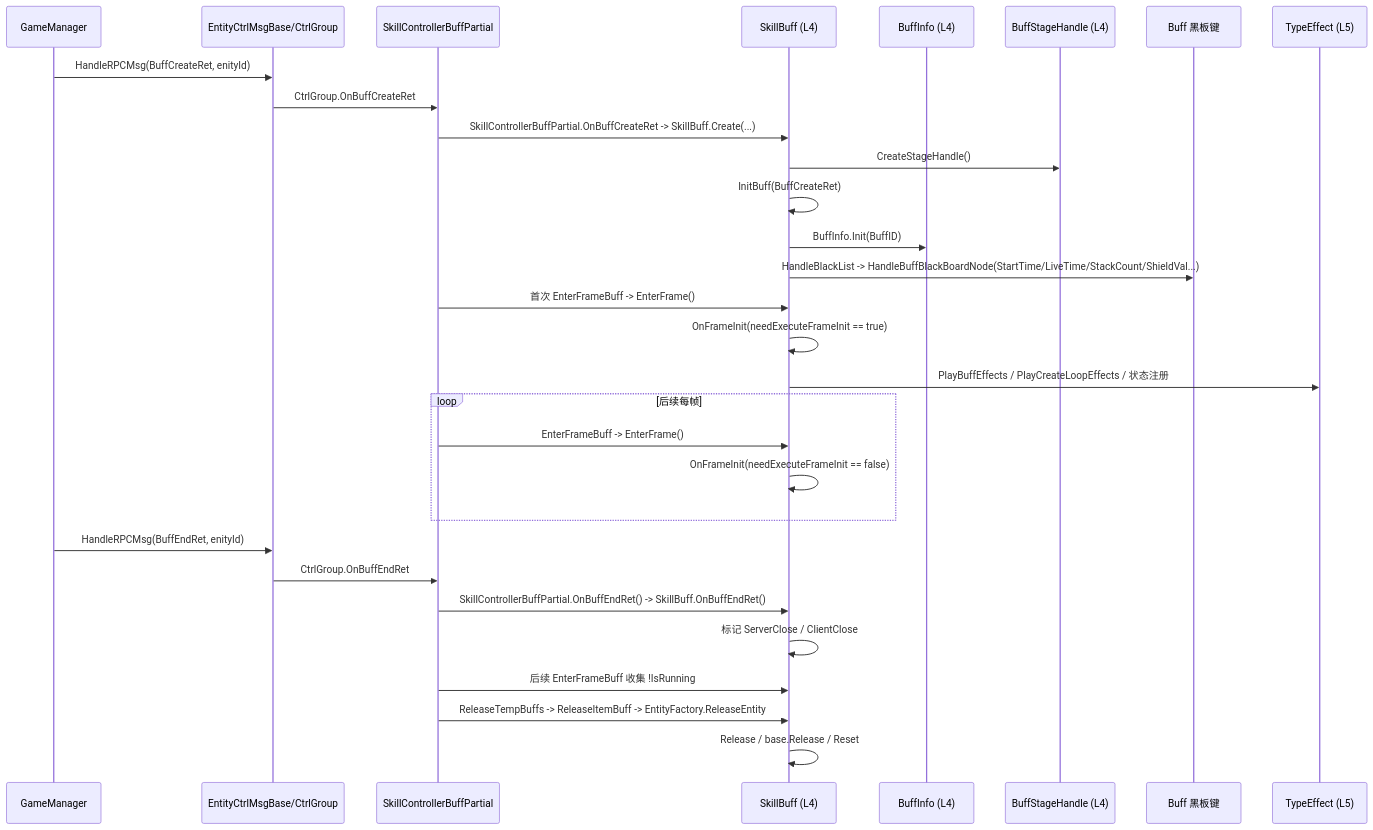
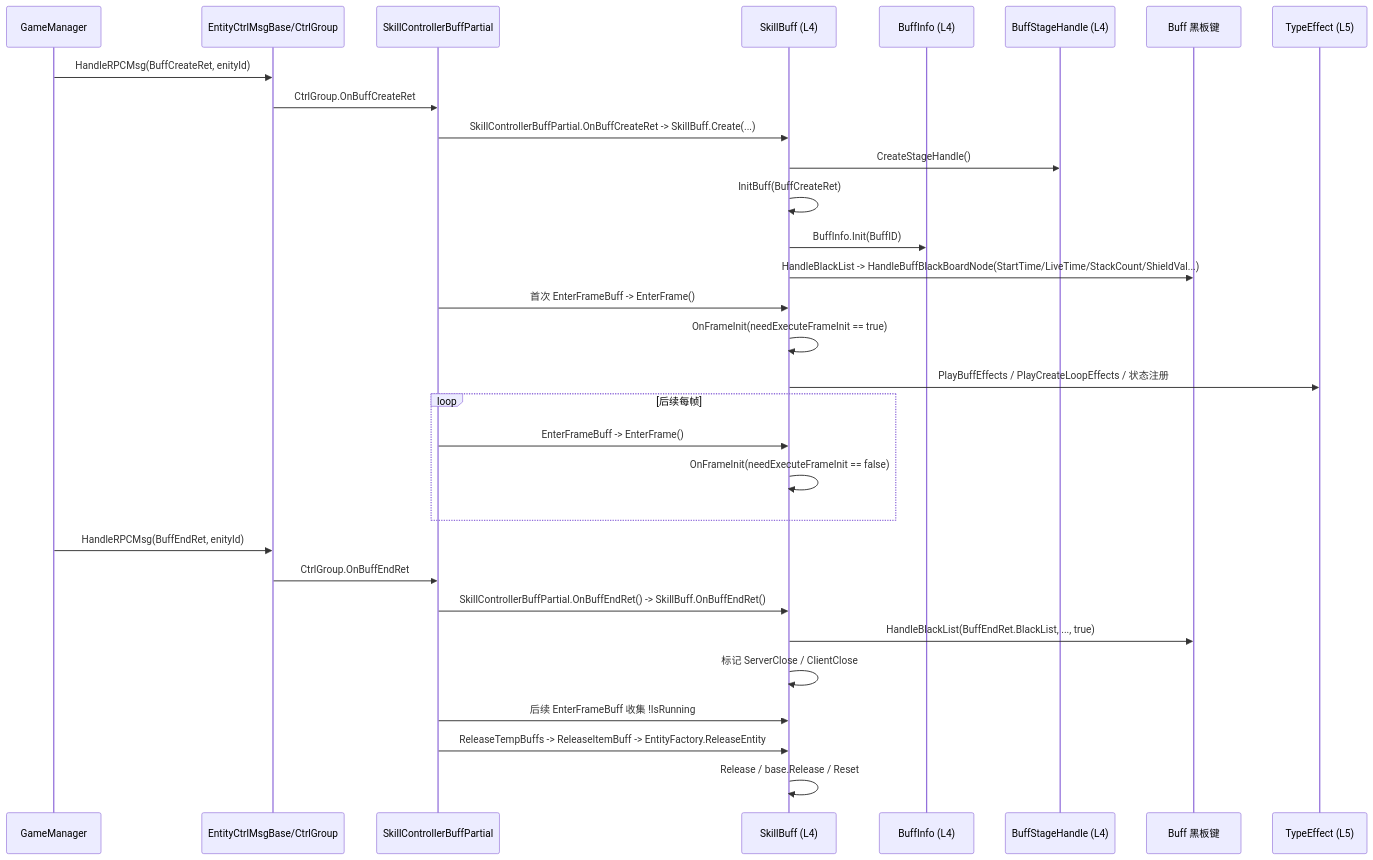
Before and after one commit to BoyLei/Stars: the diagram in diagrams/battle/FLOW_BUFF_LIFECYCLE.md, drawn with Mermaid. The commit also changed other lines of this file and 15 other files, not shown here.

````diff
--- a/diagrams/battle/FLOW_BUFF_LIFECYCLE.md
+++ b/diagrams/battle/FLOW_BUFF_LIFECYCLE.md
@@ -5,33 +5,34 @@
 ```mermaid
 sequenceDiagram
     participant GM as GameManager
     participant ECG as EntityCtrlMsgBase/CtrlGroup
     participant Src as SkillControllerBuffPartial
     participant SB as SkillBuff (L4)
     participant BI as BuffInfo (L4)
     participant BSH as BuffStageHandle (L4)
     participant BB as Buff 黑板键
     participant TE as TypeEffect (L5)
 
     GM->>ECG: HandleRPCMsg(BuffCreateRet, enityId)
     ECG->>Src: CtrlGroup.OnBuffCreateRet
     Src->>SB: SkillControllerBuffPartial.OnBuffCreateRet -> SkillBuff.Create(...)
     SB->>BSH: CreateStageHandle()
     SB->>SB: InitBuff(BuffCreateRet)
     SB->>BI: BuffInfo.Init(BuffID)
     SB->>BB: HandleBlackList -> HandleBuffBlackBoardNode(StartTime/LiveTime/StackCount/ShieldVal...)
     Src->>SB: 首次 EnterFrameBuff -> EnterFrame()
     SB->>SB: OnFrameInit(needExecuteFrameInit == true)
     SB->>TE: PlayBuffEffects / PlayCreateLoopEffects / 状态注册
     loop 后续每帧
         Src->>SB: EnterFrameBuff -> EnterFrame()
         SB->>SB: OnFrameInit(needExecuteFrameInit == false)
     end
     GM->>ECG: HandleRPCMsg(BuffEndRet, enityId)
     ECG->>Src: CtrlGroup.OnBuffEndRet
     Src->>SB: SkillControllerBuffPartial.OnBuffEndRet() -> SkillBuff.OnBuffEndRet()
+    SB->>BB: HandleBlackList(BuffEndRet.BlackList, ..., true)
     SB->>SB: 标记 ServerClose / ClientClose
     Src->>SB: 后续 EnterFrameBuff 收集 !IsRunning
     Src->>SB: ReleaseTempBuffs -> ReleaseItemBuff -> EntityFactory.ReleaseEntity
     SB->>SB: Release / base.Release / Reset
 ```
````
